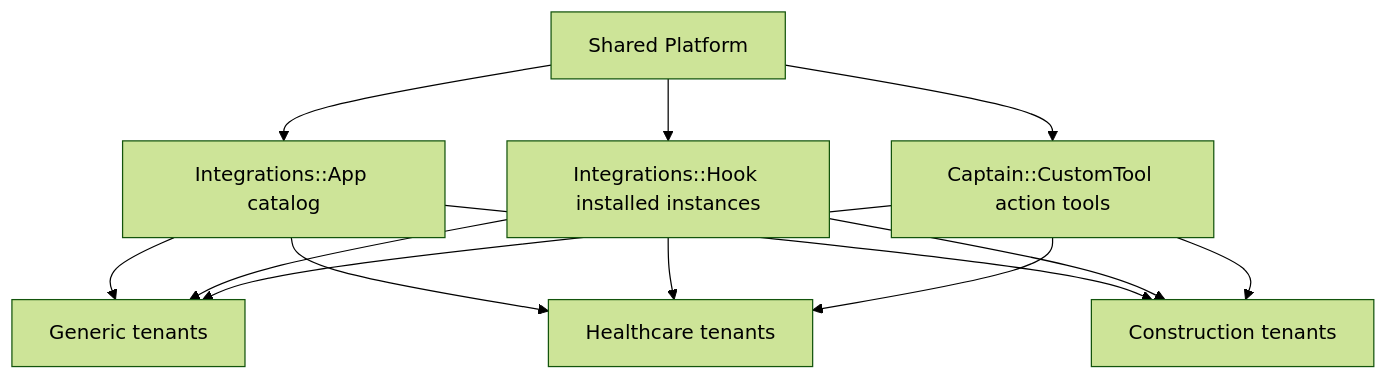
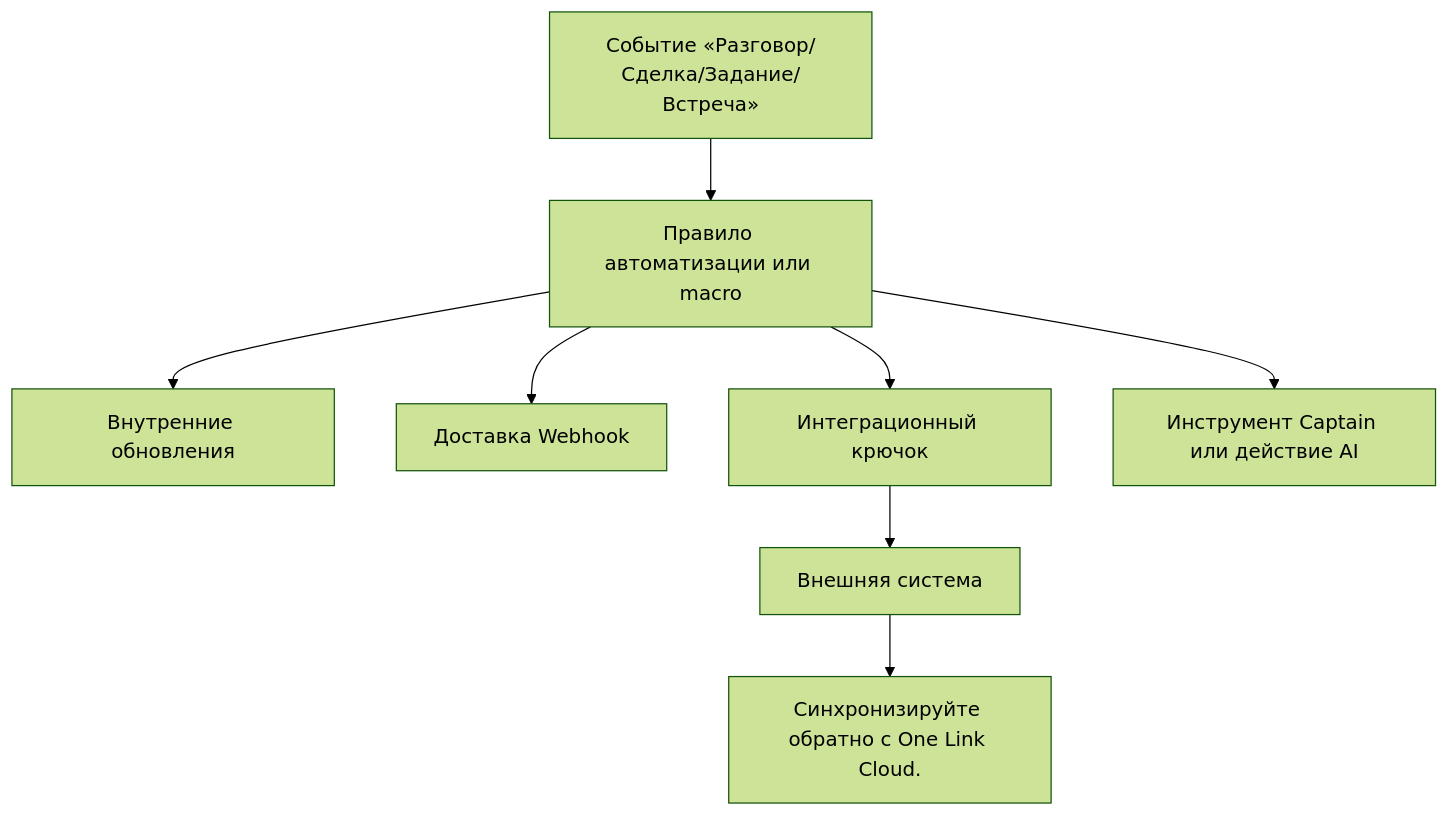
Before and after one commit to demomastra2025-eng/onelink-docs: the diagram in platform/integrations-architecture.mdx, drawn with Mermaid (forest theme). The commit also changed other lines of this file and 305 other files, not shown here.

````diff
--- a/platform/integrations-architecture.mdx
+++ b/platform/integrations-architecture.mdx
@@ -53,18 +35,10 @@
 ```mermaid
 flowchart TD
-    A[Shared Platform] --> B[Integrations::App catalog]
-    A --> C[Integrations::Hook installed instances]
-    A --> D[Captain::CustomTool action tools]
-
-    B --> E[Generic tenants]
-    B --> F[Healthcare tenants]
-    B --> G[Construction tenants]
-
-    C --> E
-    C --> F
-    C --> G
-
-    D --> E
-    D --> F
-    D --> G
+    A[Событие «Разговор/Сделка/Задание/Встреча»] --> B[Правило автоматизации или macro]
+    B --> C[Внутренние обновления]
+    B --> D[Доставка Webhook]
+    B --> E[Интеграционный крючок]
+    B --> F[Инструмент Captain или действие AI]
+    E --> G[Внешняя система]
+    G --> H[Синхронизируйте обратно с One Link Cloud.]
 ```
````
